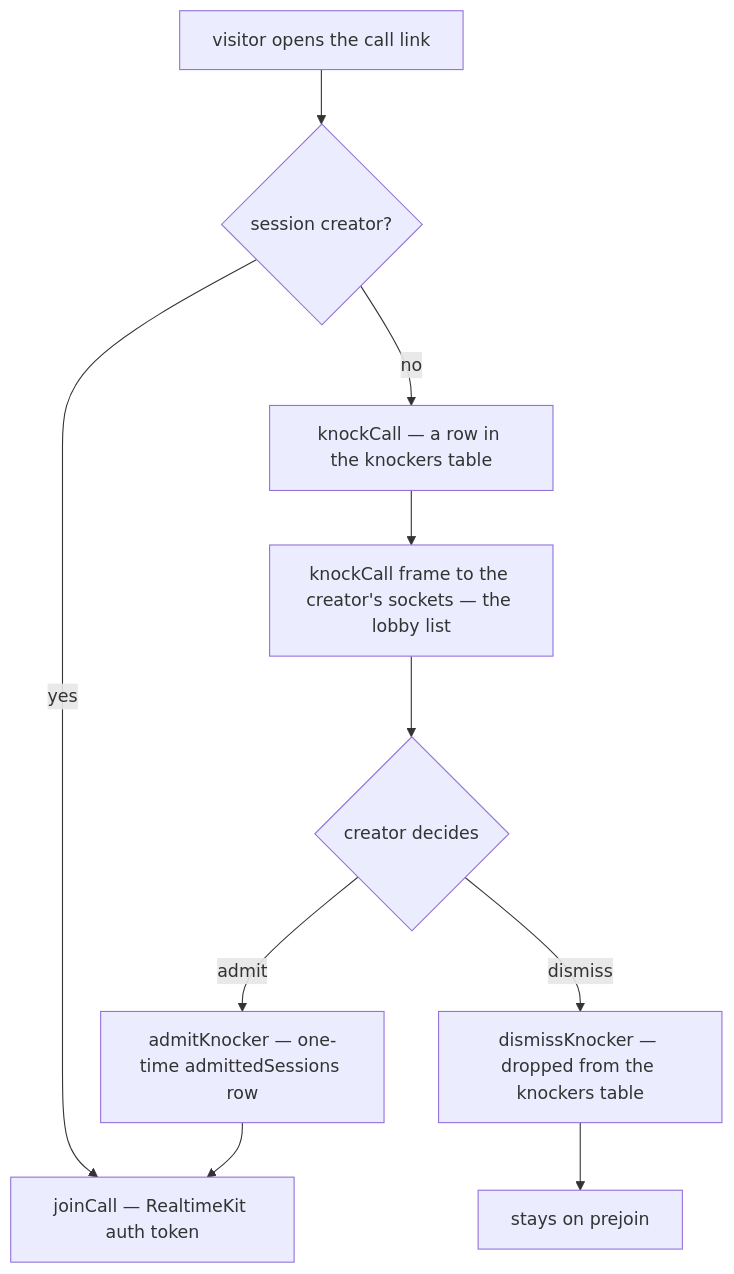
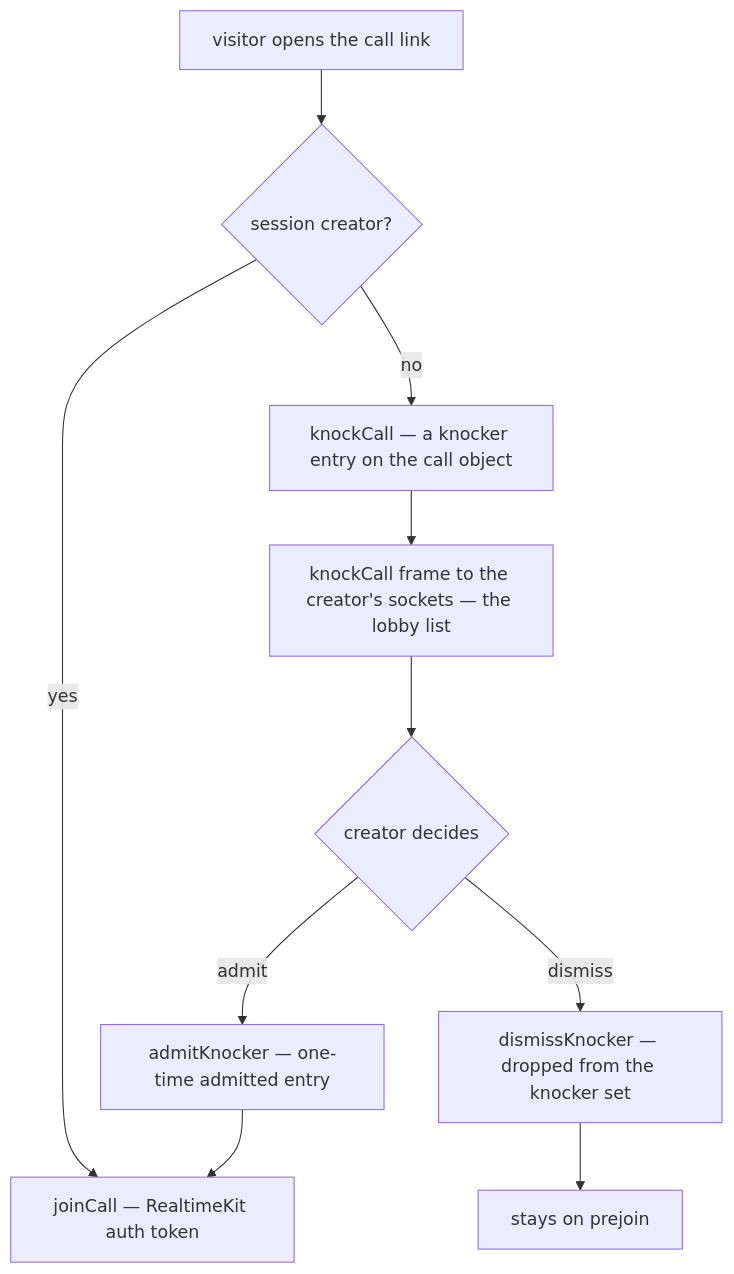
Before and after one commit to Esposter/Esposter: the second of 3 diagrams in openspec/specs/esbabbler/calls/README.md, drawn with Mermaid. The commit also changed other lines of this file and 5 other files, not shown here.

````diff
--- a/openspec/specs/esbabbler/calls/README.md
+++ b/openspec/specs/esbabbler/calls/README.md
@@ -55,12 +60,12 @@
 ```mermaid
 flowchart TD
   VISIT["visitor opens the call link"] --> ISCREATOR{"session creator?"}
   ISCREATOR -- yes --> JOIN["joinCall — RealtimeKit auth token"]
-  ISCREATOR -- no --> KNOCK["knockCall — a row in the knockers table"]
+  ISCREATOR -- no --> KNOCK["knockCall — a knocker entry on the call object"]
   KNOCK --> NOTIFY["knockCall frame to the creator's sockets — the lobby list"]
   NOTIFY --> DECIDE{"creator decides"}
-  DECIDE -- admit --> ADMITTED["admitKnocker — one-time admittedSessions row"]
-  DECIDE -- dismiss --> DISMISSED["dismissKnocker — dropped from the knockers table"]
+  DECIDE -- admit --> ADMITTED["admitKnocker — one-time admitted entry"]
+  DECIDE -- dismiss --> DISMISSED["dismissKnocker — dropped from the knocker set"]
   ADMITTED --> JOIN
   DISMISSED --> WAIT["stays on prejoin"]
 ```
````
